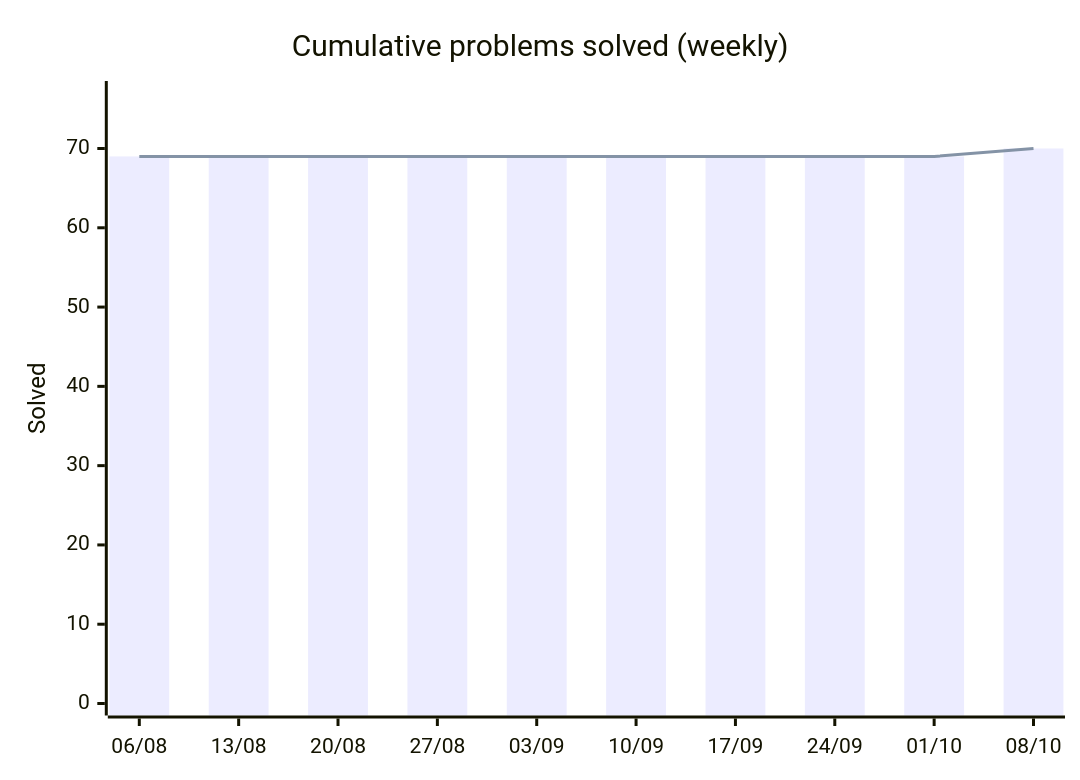
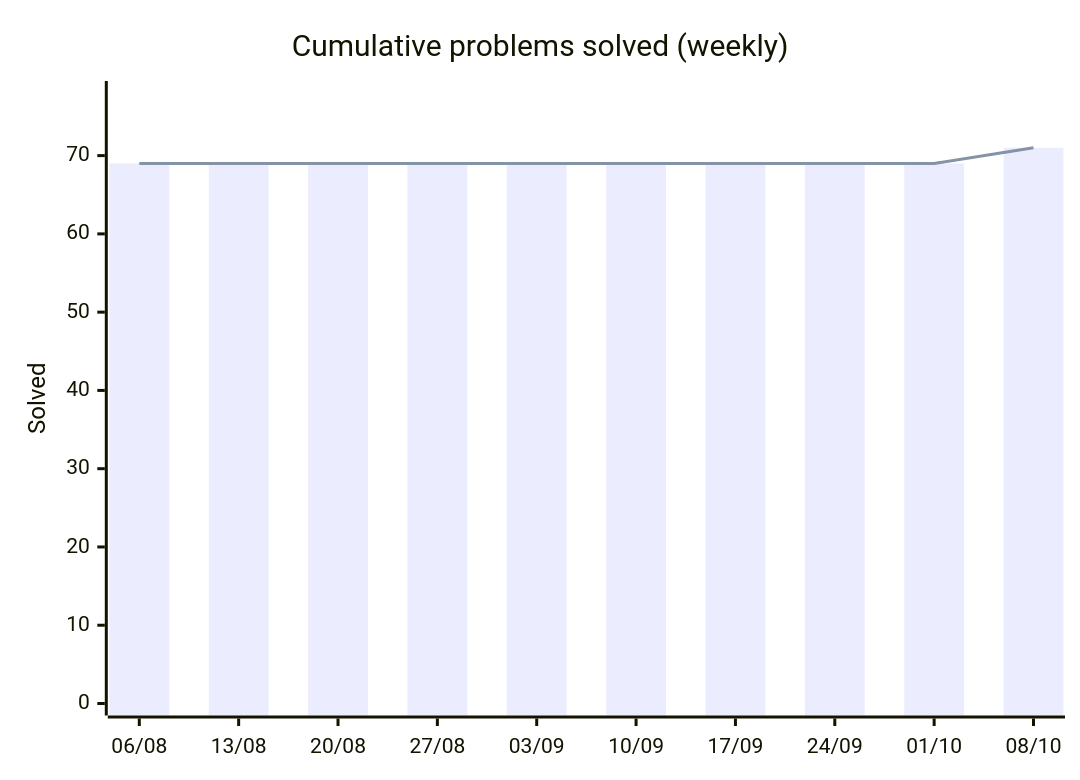
The first of 2 diagrams in README.md (HarryTrn/TensorTonic-Solutions), drawn with Mermaid before and after one commit. The commit also changed other lines of this file, not shown here.

````diff
--- a/README.md
+++ b/README.md
@@ -65,8 +65,8 @@
 ```mermaid
 xychart-beta
     title "Cumulative problems solved (weekly)"
     x-axis ["06/08", "13/08", "20/08", "27/08", "03/09", "10/09", "17/09", "24/09", "01/10", "08/10"]
-    y-axis "Solved" 0 --> 77
-    bar [69, 69, 69, 69, 69, 69, 69, 69, 69, 70]
-    line [69, 69, 69, 69, 69, 69, 69, 69, 69, 70]
+    y-axis "Solved" 0 --> 78
+    bar [69, 69, 69, 69, 69, 69, 69, 69, 69, 71]
+    line [69, 69, 69, 69, 69, 69, 69, 69, 69, 71]
 ```
````
